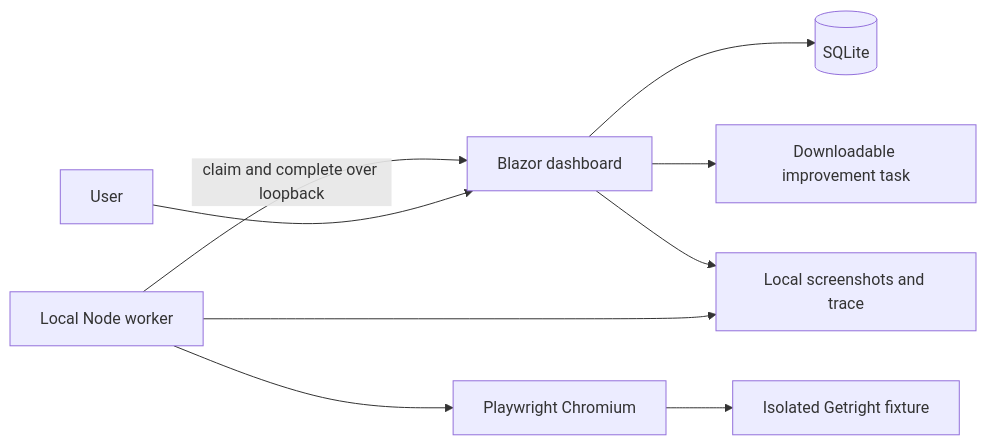
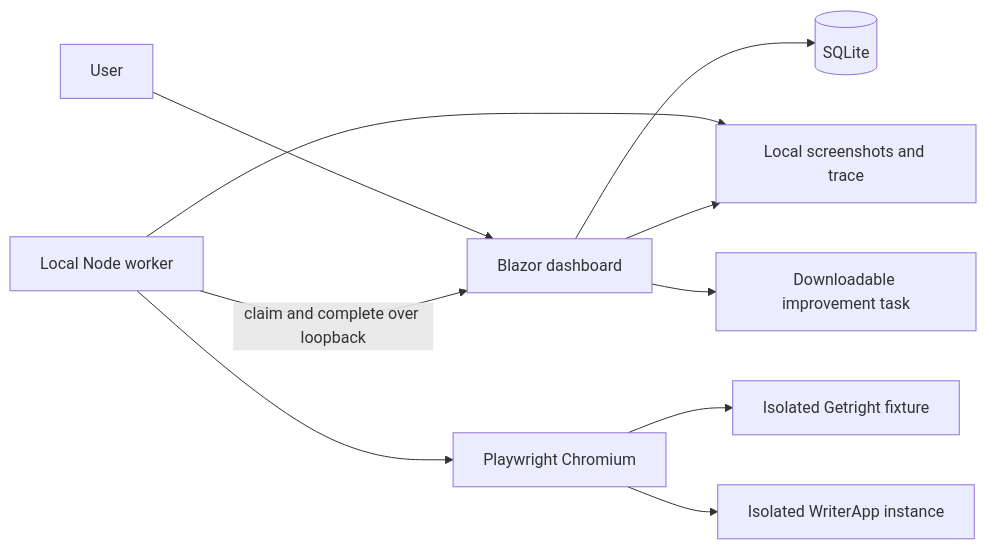
Before and after one commit to johdav999/GetRight: the diagram in docs/architecture.md, drawn with Mermaid. The commit also changed other lines of this file and 24 other files, not shown here.

Commit message:
Start milestone 1 with isolated WriterApp UAT integration

````diff
--- a/docs/architecture.md
+++ b/docs/architecture.md
@@ -5,11 +5,12 @@
 ```mermaid
 flowchart LR
     User[User] --> Dashboard[Blazor dashboard]
     Dashboard --> Store[(SQLite)]
     Worker[Local Node worker] -->|claim and complete over loopback| Dashboard
     Worker --> Browser[Playwright Chromium]
     Browser --> Fixture[Isolated Getright fixture]
+    Browser --> WriterApp[Isolated WriterApp instance]
     Worker --> Evidence[Local screenshots and trace]
     Dashboard --> Evidence
     Dashboard --> Task[Downloadable improvement task]
 ```
````
